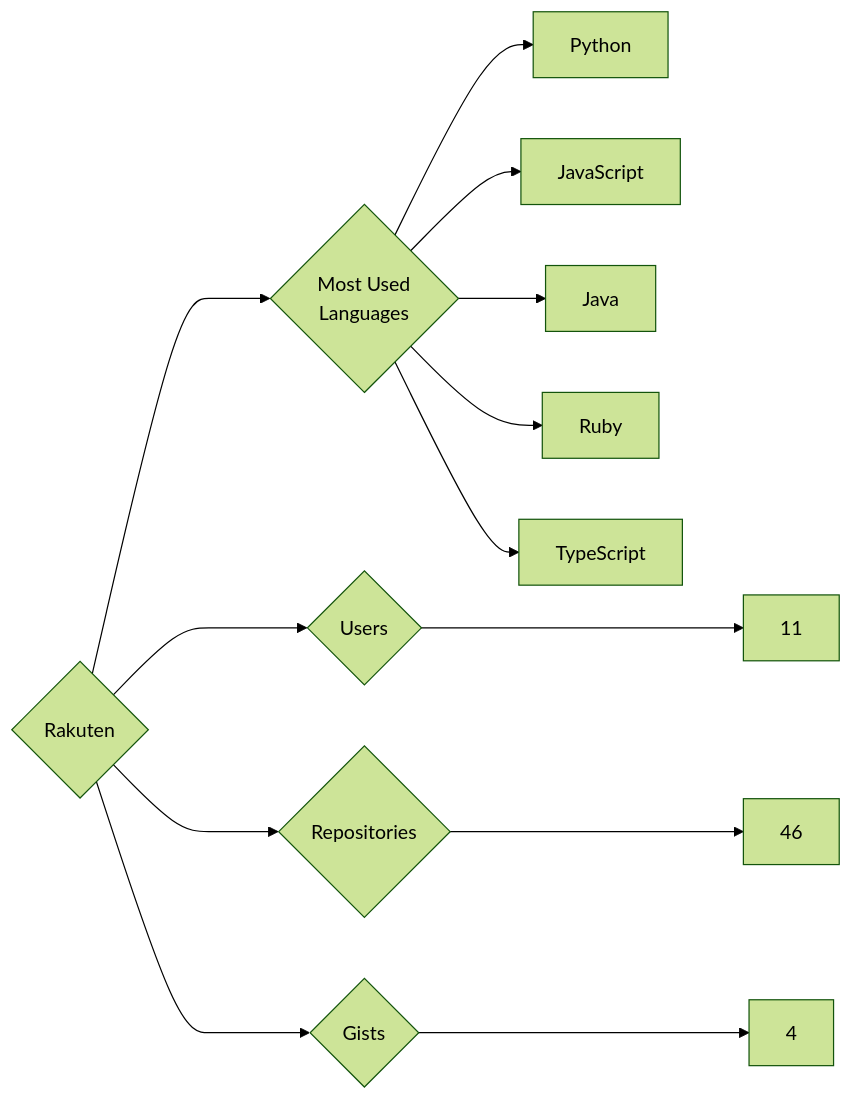
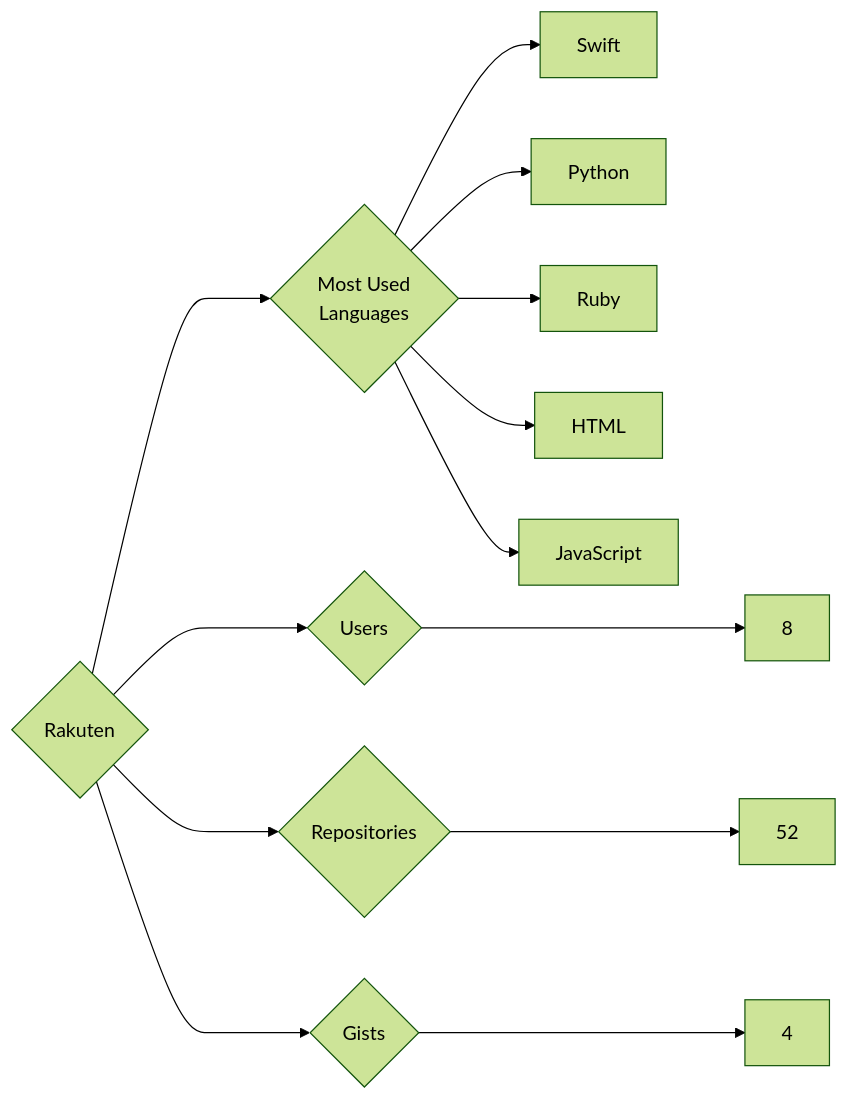
One commit to trickest/insiders changed the diagram in targets/Rakuten/README.md. Above: the diagram before and after it, drawn with Mermaid (forest theme). The commit also changed 1484 other files, not shown here.

````diff
--- a/targets/Rakuten/README.md
+++ b/targets/Rakuten/README.md
@@ -3,13 +3,13 @@
 ```mermaid
 graph LR
 COMPANY_NAME{Rakuten}
-COMPANY_NAME ---> U{Users} ---> UN[11]
-COMPANY_NAME ---> R{Repositories} ---> RN[46]
+COMPANY_NAME ---> U{Users} ---> UN[8]
+COMPANY_NAME ---> R{Repositories} ---> RN[52]
 COMPANY_NAME ---> G{Gists} ---> GN[4]
 COMPANY_NAME ---> ML{Most Used<br>Languages}
+ML --> Swift[Swift]
 ML --> Python[Python]
+ML --> Ruby[Ruby]
+ML --> HTML[HTML]
 ML --> JavaScript[JavaScript]
-ML --> Java[Java]
-ML --> Ruby[Ruby]
-ML --> TypeScript[TypeScript]
 ```
````
